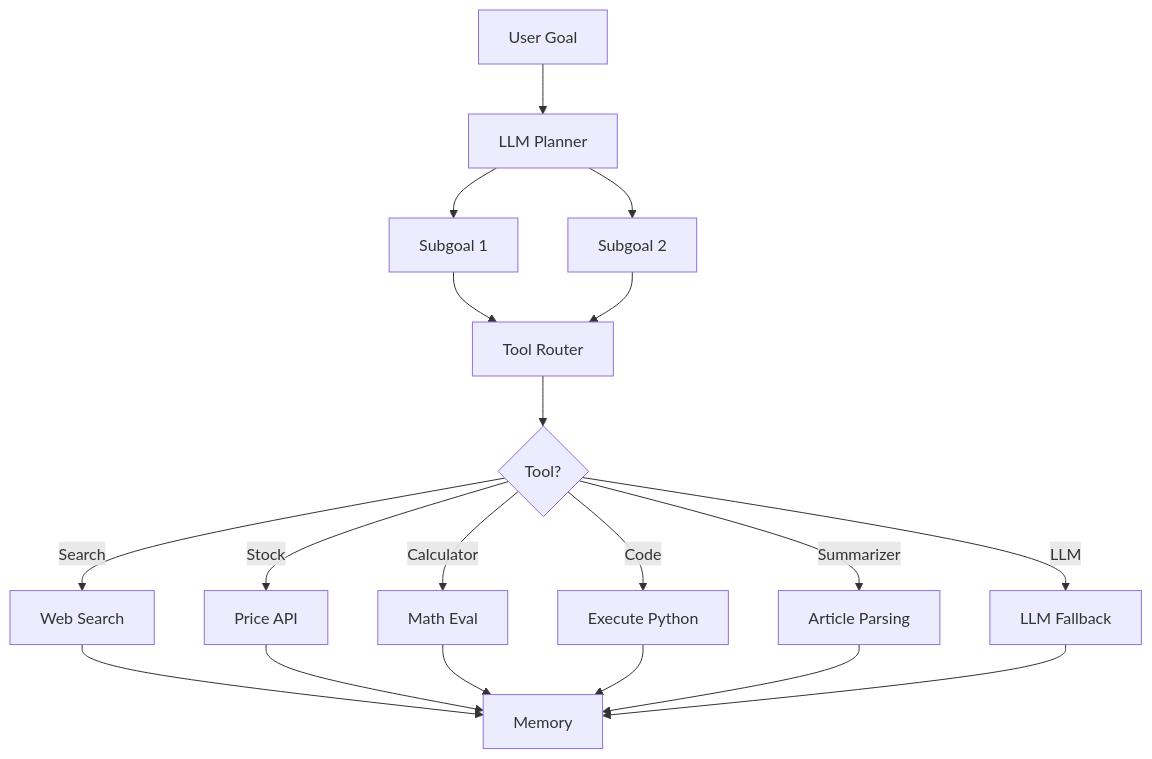
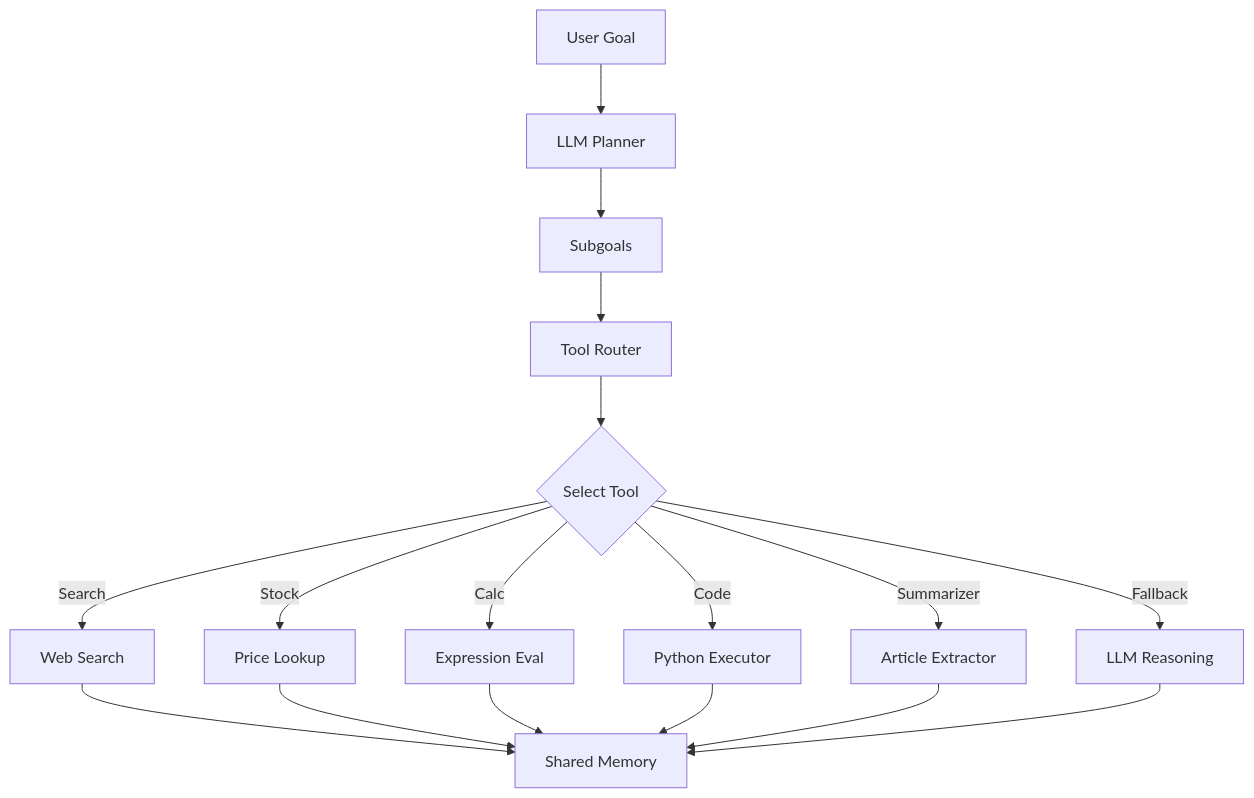
The diagram in README.md (ritunjaym/llm-multitool-agent), drawn with Mermaid before and after one commit. The commit also changed other lines of this file, not shown here.

`````diff
--- a/README.md
+++ b/README.md
@@ -66,21 +61,19 @@
 ```mermaid
 graph TD
     A[User Goal] --> B[LLM Planner]
-    B --> C[Subgoal 1]
-    B --> D[Subgoal 2]
-    C --> E[Tool Router]
-    D --> E
-    E --> F{Tool?}
-    F -->|Search| G[Web Search]
-    F -->|Stock| H[Price API]
-    F -->|Calculator| I[Math Eval]
-    F -->|Code| J[Execute Python]
-    F -->|Summarizer| K[Article Parsing]
-    F -->|LLM| L[LLM Fallback]
-    G --> M[Memory]
-    H --> M
-    I --> M
-    J --> M
-    K --> M
-    L --> M
-````
+    B --> C[Subgoals]
+    C --> D[Tool Router]
+    D --> E{Select Tool}
+    E -->|Search| F[Web Search]
+    E -->|Stock| G[Price Lookup]
+    E -->|Calc| H[Expression Eval]
+    E -->|Code| I[Python Executor]
+    E -->|Summarizer| J[Article Extractor]
+    E -->|Fallback| K[LLM Reasoning]
+    F --> L[Shared Memory]
+    G --> L
+    H --> L
+    I --> L
+    J --> L
+    K --> L
+```
`````
